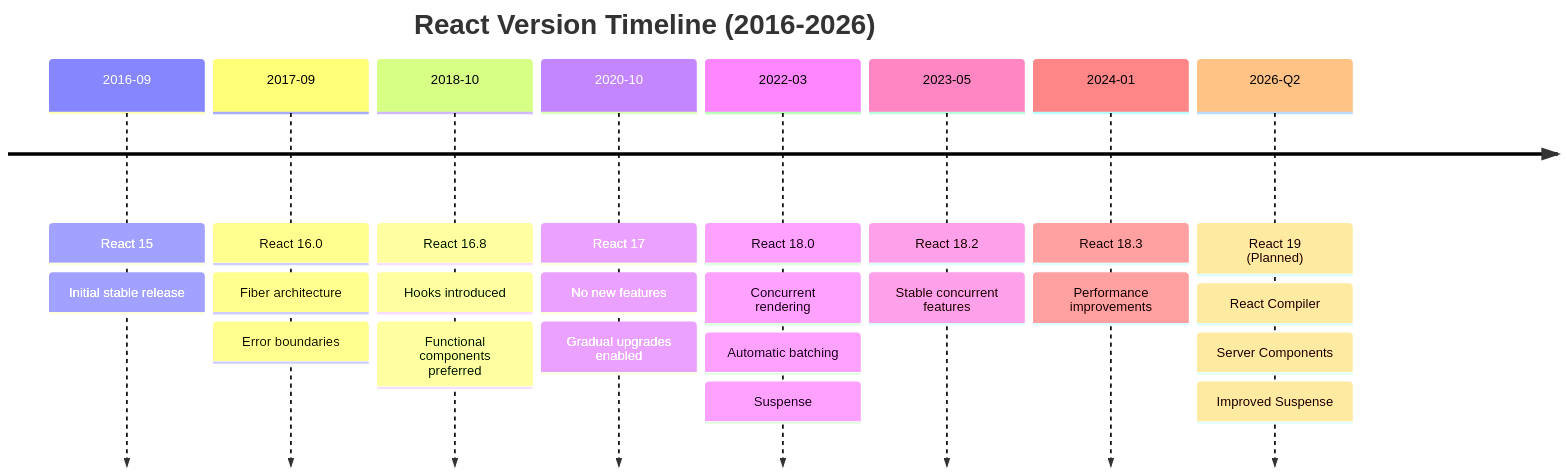
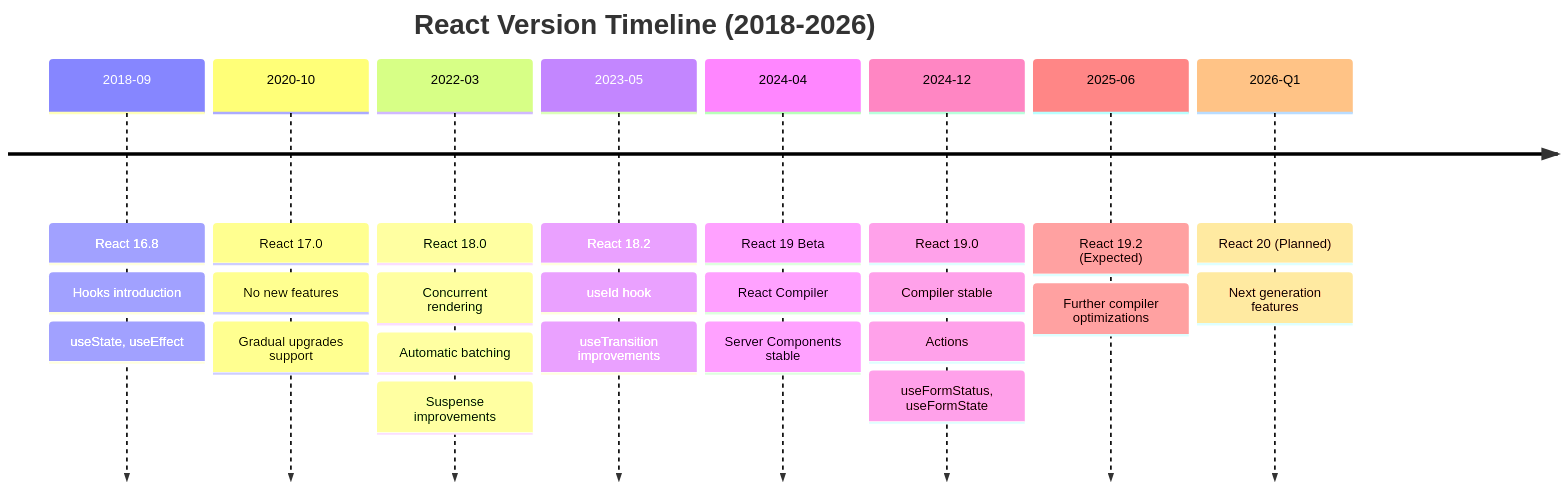
The first of 2 diagrams in docs/explanation/software/platform-web/fe-react/README.md (wahidyankf/open-sharia-enterprise), drawn with Mermaid before and after one commit. The commit also changed other lines of this file and 75 other files, not shown here.

````diff
--- a/docs/explanation/software/platform-web/fe-react/README.md
+++ b/docs/explanation/software/platform-web/fe-react/README.md
@@ -116,15 +115,15 @@
 ```mermaid
 %% Color Palette: Blue #0173B2, Orange #DE8F05, Teal #029E73, Purple #CC78BC
 %% All colors are color-blind friendly and meet WCAG AA contrast standards
 
 timeline
-    title React Version Timeline #40;2016-2026#41;
-    2016-09 : React 15 : Initial stable release
-    2017-09 : React 16.0 : Fiber architecture : Error boundaries
-    2018-10 : React 16.8 : Hooks introduced : Functional components preferred
-    2020-10 : React 17 : No new features : Gradual upgrades enabled
-    2022-03 : React 18.0 : Concurrent rendering : Automatic batching : Suspense
-    2023-05 : React 18.2 : Stable concurrent features
-    2024-01 : React 18.3 : Performance improvements
-    2026-Q2 : React 19 #40;Planned#41; : React Compiler : Server Components : Improved Suspense
+    title React Version Timeline (2018-2026)
+    2018-09 : React 16.8 : Hooks introduction : useState, useEffect
+    2020-10 : React 17.0 : No new features : Gradual upgrades support
+    2022-03 : React 18.0 : Concurrent rendering : Automatic batching : Suspense improvements
+    2023-05 : React 18.2 : useId hook : useTransition improvements
+    2024-04 : React 19 Beta : React Compiler : Server Components stable
+    2024-12 : React 19.0 : Compiler stable : Actions : useFormStatus, useFormState
+    2025-06 : React 19.2 (Expected) : Further compiler optimizations
+    2026-Q1 : React 20 (Planned) : Next generation features
 ```
````
